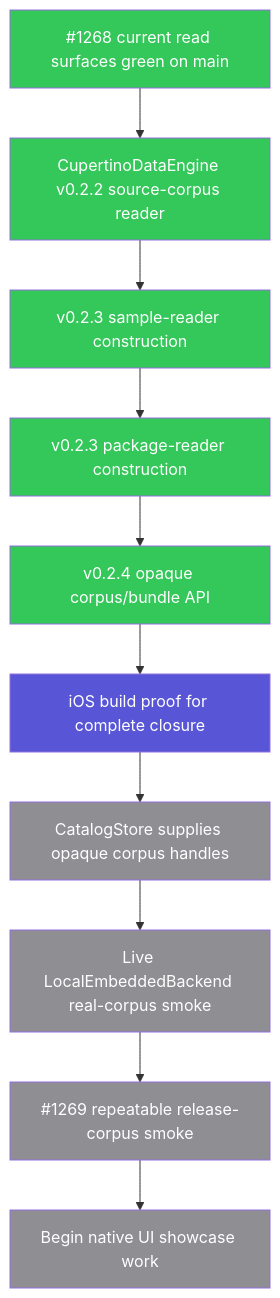
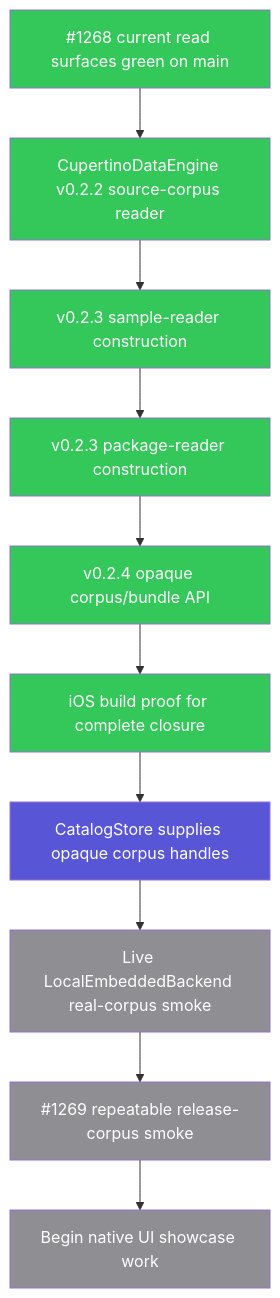
Before and after one commit to mihaelamj/cupertino: the third of 3 diagrams in README.md, drawn with Mermaid. The commit also changed 2 other files, not shown here.

Commit message:
docs(engine): mark ios build proof complete

````diff
--- a/README.md
+++ b/README.md
@@ -271,18 +271,18 @@
 ```mermaid
 flowchart TD
   release["#1268 current read surfaces green on main"]:::done
   source["CupertinoDataEngine v0.2.2 source-corpus reader"]:::done
   samples["v0.2.3 sample-reader construction"]:::done
   packages["v0.2.3 package-reader construction"]:::done
   bundle["v0.2.4 opaque corpus/bundle API"]:::done
-  ios["iOS build proof for complete closure"]:::next
-  catalog["CatalogStore supplies opaque corpus handles"]:::todo
+  ios["iOS build proof for complete closure"]:::done
+  catalog["CatalogStore supplies opaque corpus handles"]:::next
   embedded["Live LocalEmbeddedBackend real-corpus smoke"]:::todo
   smoke["#1269 repeatable release-corpus smoke"]:::todo
   ui["Begin native UI showcase work"]:::todo
 
   release --> source --> samples --> packages --> bundle --> ios --> catalog --> embedded --> smoke --> ui
   classDef done    fill:#34C759,color:#FFFFFF
   classDef next    fill:#5856D6,color:#FFFFFF
   classDef todo    fill:#8E8E93,color:#FFFFFF
 ```
````
